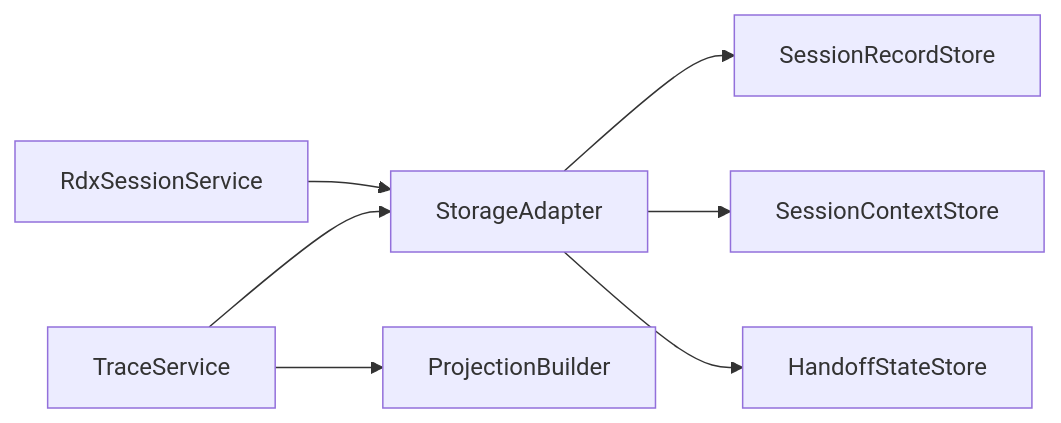
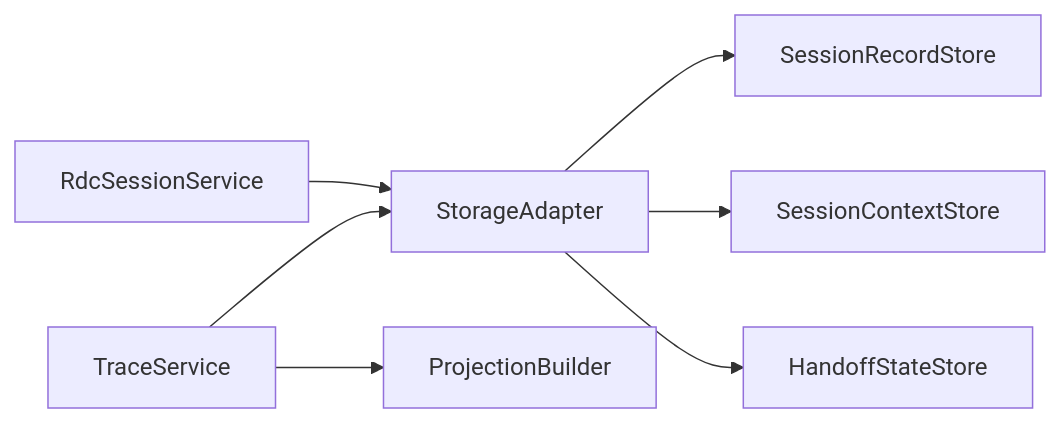
One commit to haolange/RDC-Agent changed the eighth of 8 diagrams in .qoder/repowiki/zh/content/架构设计/渲染器架构/状态管理/会话状态管理.md. Above: the diagram before and after it, drawn with Mermaid. The commit also changed other lines of this file and 557 other files, not shown here.

````diff
--- a/.qoder/repowiki/zh/content/架构设计/渲染器架构/状态管理/会话状态管理.md
+++ b/.qoder/repowiki/zh/content/架构设计/渲染器架构/状态管理/会话状态管理.md
@@ -327,9 +327,9 @@
 ```mermaid
 graph LR
 SA["StorageAdapter"] --> SRS["SessionRecordStore"]
 SA --> SCJS["SessionContextStore"]
 SA --> HSS["HandoffStateStore"]
-RSS["RdxSessionService"] --> SA
+RSS["RdcSessionService"] --> SA
 TS["TraceService"] --> SA
 TS --> PB["ProjectionBuilder"]
 ```
````
